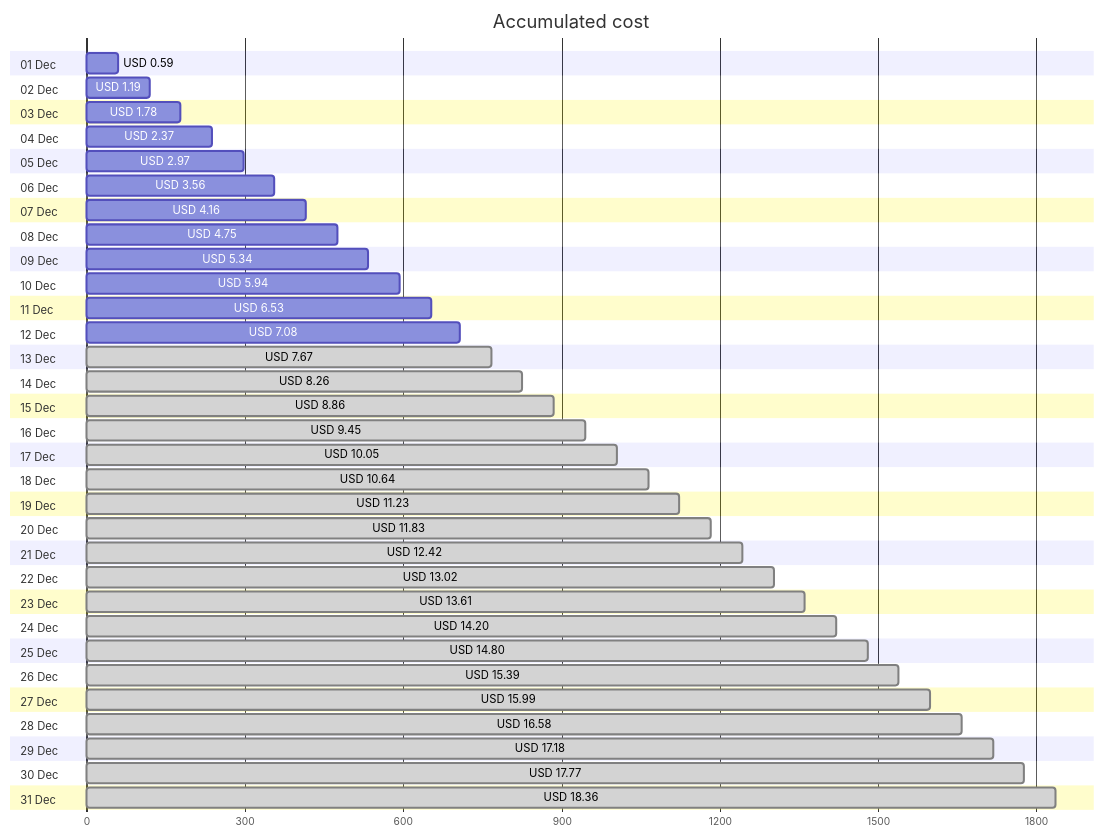
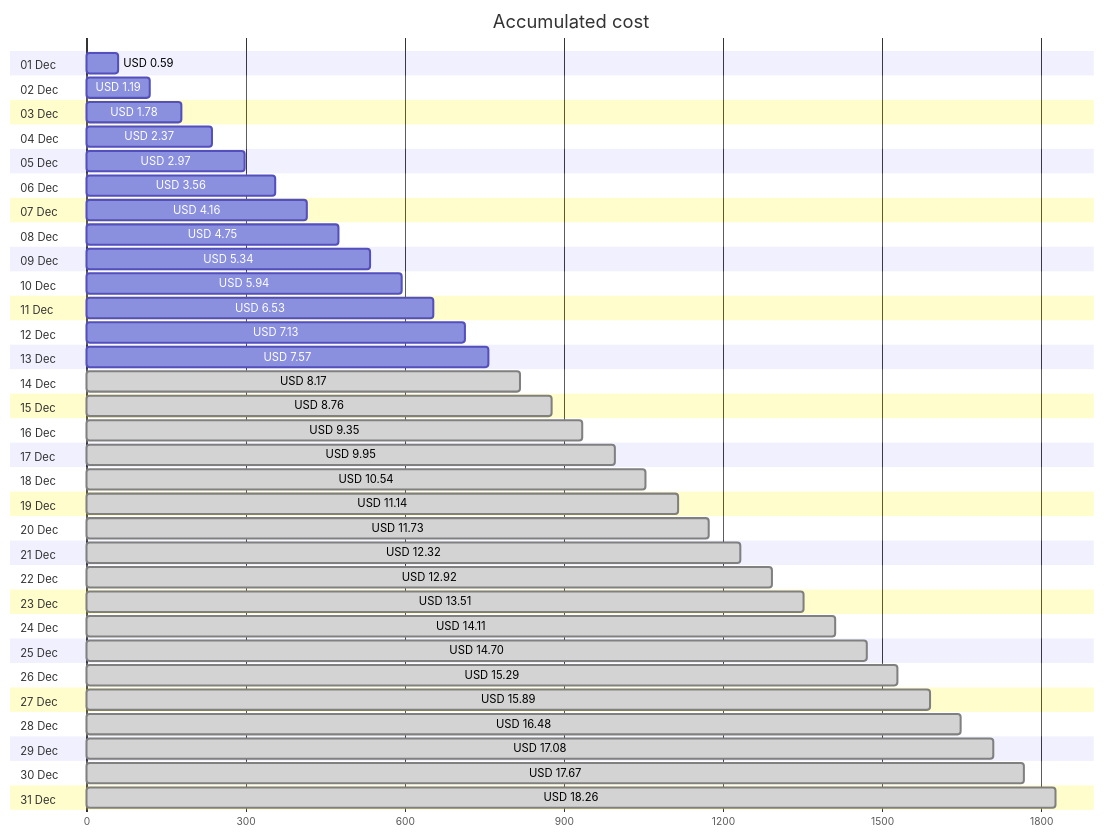
Before and after one commit to jpfulton/azure-personal-reports: the first of 4 diagrams in cost-reports/personal-site/README.md, drawn with Mermaid. The commit also changed other lines of this file and 6 other files, not shown here.

````diff
--- a/cost-reports/personal-site/README.md
+++ b/cost-reports/personal-site/README.md
@@ -20,68 +20,68 @@
 ```mermaid
 gantt
    title Accumulated cost
    dateFormat  X
    axisFormat %s
    section 01 Dec
    USD 0.59 :0, 59
    section 02 Dec
    USD 1.19 :0, 119
    section 03 Dec
    USD 1.78 :0, 178
    section 04 Dec
    USD 2.37 :0, 237
    section 05 Dec
    USD 2.97 :0, 297
    section 06 Dec
    USD 3.56 :0, 356
    section 07 Dec
    USD 4.16 :0, 416
    section 08 Dec
    USD 4.75 :0, 475
    section 09 Dec
    USD 5.34 :0, 534
    section 10 Dec
    USD 5.94 :0, 594
    section 11 Dec
    USD 6.53 :0, 653
    section 12 Dec
-   USD 7.08 :0, 708
+   USD 7.13 :0, 713
    section 13 Dec
-   USD 7.67 : done, 0, 767
+   USD 7.57 :0, 757
    section 14 Dec
-   USD 8.26 : done, 0, 826
+   USD 8.17 : done, 0, 817
    section 15 Dec
-   USD 8.86 : done, 0, 886
+   USD 8.76 : done, 0, 876
    section 16 Dec
-   USD 9.45 : done, 0, 945
+   USD 9.35 : done, 0, 935
    section 17 Dec
-   USD 10.05 : done, 0, 1005
+   USD 9.95 : done, 0, 995
    section 18 Dec
-   USD 10.64 : done, 0, 1064
+   USD 10.54 : done, 0, 1054
    section 19 Dec
-   USD 11.23 : done, 0, 1123
+   USD 11.14 : done, 0, 1114
    section 20 Dec
-   USD 11.83 : done, 0, 1183
+   USD 11.73 : done, 0, 1173
    section 21 Dec
-   USD 12.42 : done, 0, 1242
+   USD 12.32 : done, 0, 1232
    section 22 Dec
-   USD 13.02 : done, 0, 1302
+   USD 12.92 : done, 0, 1292
    section 23 Dec
-   USD 13.61 : done, 0, 1361
+   USD 13.51 : done, 0, 1351
    section 24 Dec
-   USD 14.20 : done, 0, 1420
+   USD 14.11 : done, 0, 1411
    section 25 Dec
-   USD 14.80 : done, 0, 1480
+   USD 14.70 : done, 0, 1470
    section 26 Dec
-   USD 15.39 : done, 0, 1539
+   USD 15.29 : done, 0, 1529
    section 27 Dec
-   USD 15.99 : done, 0, 1599
+   USD 15.89 : done, 0, 1589
    section 28 Dec
-   USD 16.58 : done, 0, 1658
+   USD 16.48 : done, 0, 1648
    section 29 Dec
-   USD 17.18 : done, 0, 1718
+   USD 17.08 : done, 0, 1708
    section 30 Dec
-   USD 17.77 : done, 0, 1777
+   USD 17.67 : done, 0, 1767
    section 31 Dec
-   USD 18.36 : done, 0, 1836
+   USD 18.26 : done, 0, 1826
 ```
````
